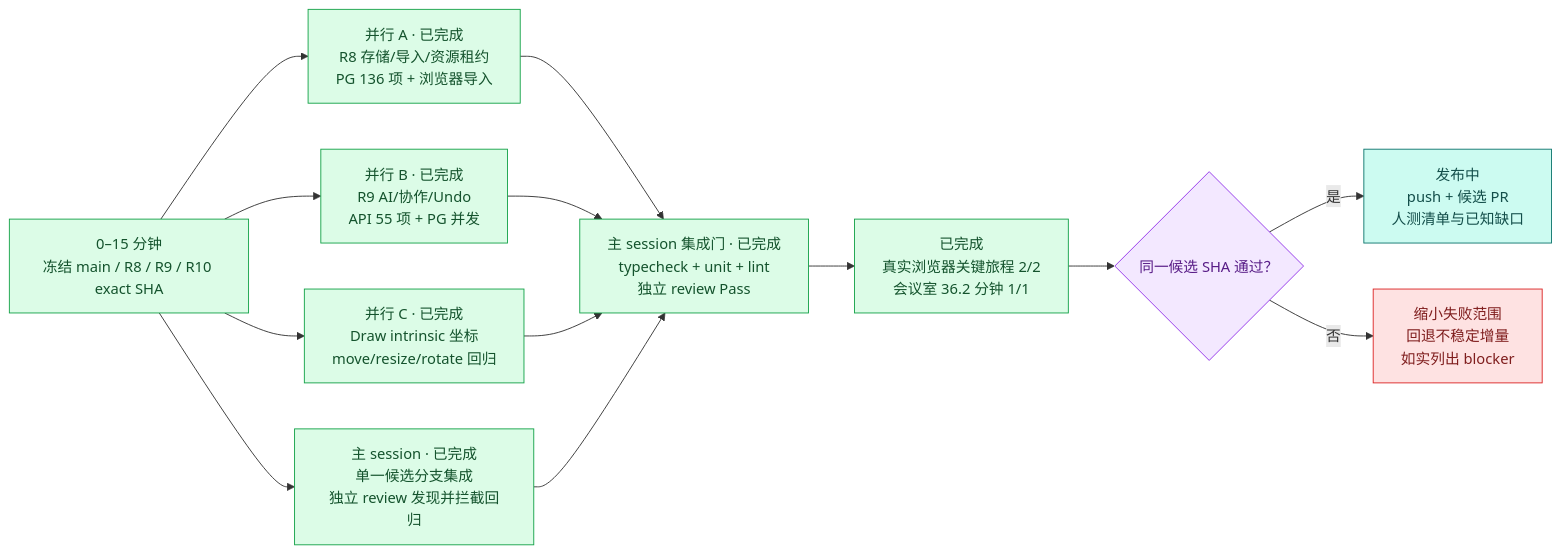
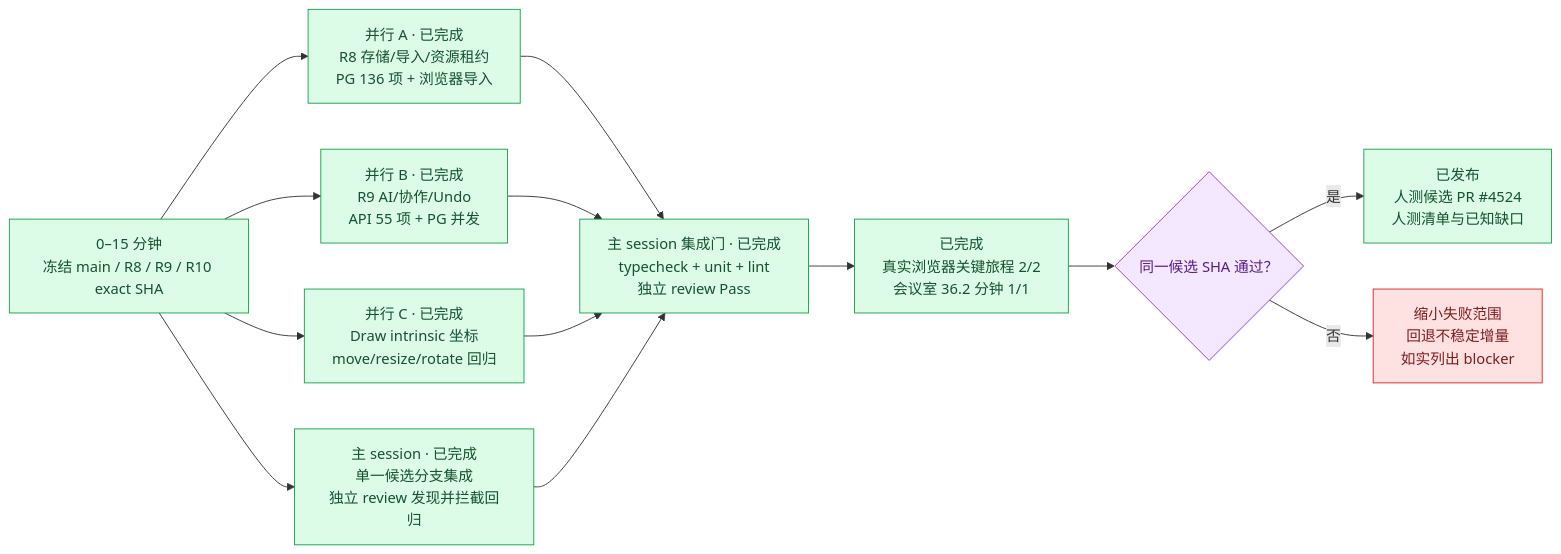
One commit to boardx/workspacex changed the fifth of 5 diagrams in phases/phase-19-board-visual-workspace/design-deltas/2026-09-26-unified-board-plan.md. Above: the diagram before and after it, drawn with Mermaid.

Commit message:
docs(board): link human-test pull request

````diff
--- a/phases/phase-19-board-visual-workspace/design-deltas/2026-09-26-unified-board-plan.md
+++ b/phases/phase-19-board-visual-workspace/design-deltas/2026-09-26-unified-board-plan.md
@@ -315,23 +315,23 @@
 ```mermaid
 flowchart LR
   T0["0–15 分钟<br/>冻结 main / R8 / R9 / R10 exact SHA"]:::done
   T0 --> P8["并行 A · 已完成<br/>R8 存储/导入/资源租约<br/>PG 136 项 + 浏览器导入"]:::done
   T0 --> P9["并行 B · 已完成<br/>R9 AI/协作/Undo<br/>API 55 项 + PG 并发"]:::done
   T0 --> P10["并行 C · 已完成<br/>Draw intrinsic 坐标<br/>move/resize/rotate 回归"]:::done
   T0 --> ROOT["主 session · 已完成<br/>单一候选分支集成<br/>独立 review 发现并拦截回归"]:::done
   P8 --> INT["主 session 集成门 · 已完成<br/>typecheck + unit + lint<br/>独立 review Pass"]:::done
   P9 --> INT
   P10 --> INT
   ROOT --> INT
   INT --> E2E["已完成<br/>真实浏览器关键旅程 2/2<br/>会议室 36.2 分钟 1/1"]:::done
   E2E --> GATE{"同一候选 SHA 通过？"}:::gate
-  GATE -->|是| PR["发布中<br/>push + 候选 PR<br/>人测清单与已知缺口"]:::release
+  GATE -->|是| PR["已发布<br/>人测候选 PR #4524<br/>人测清单与已知缺口"]:::done
   GATE -->|否| DISCLOSE["缩小失败范围<br/>回退不稳定增量<br/>如实列出 blocker"]:::blocked
   classDef done fill:#dcfce7,stroke:#16a34a,color:#14532d
   classDef active fill:#dbeafe,stroke:#2563eb,color:#1e3a8a
   classDef testing fill:#fef3c7,stroke:#d97706,color:#78350f
   classDef planned fill:#f1f5f9,stroke:#64748b,color:#334155
   classDef gate fill:#f3e8ff,stroke:#9333ea,color:#581c87
   classDef release fill:#ccfbf1,stroke:#0f766e,color:#134e4a
   classDef blocked fill:#fee2e2,stroke:#dc2626,color:#7f1d1d
 ```
````
